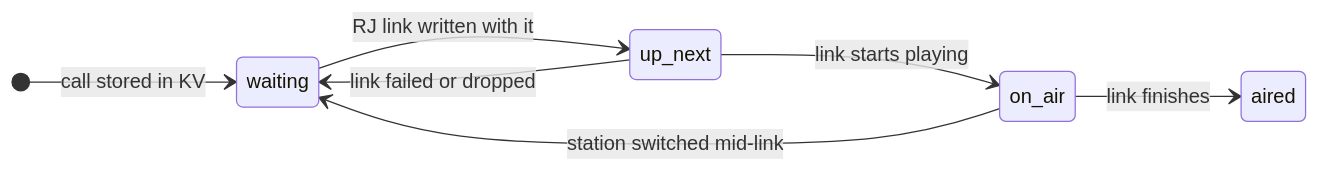
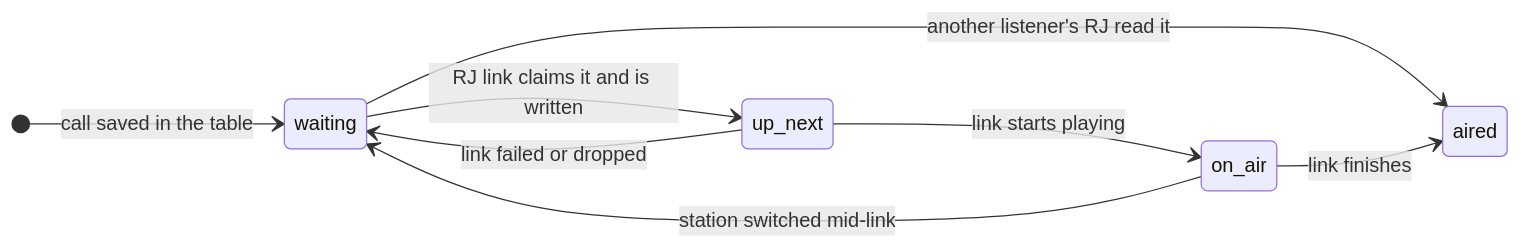
Diagram 15 of 18 in docs/ARCHITECTURE.md (harshbhx/tarang-fm), drawn with Mermaid before and after one commit. The commit also changed other lines of this file and 18 other files, not shown here.

First line of the commit message:
feat(phone): one shared call table, so a studio call is read on air once, ever

````diff
--- a/docs/ARCHITECTURE.md
+++ b/docs/ARCHITECTURE.md
@@ -456,10 +467,11 @@
 ```mermaid
 stateDiagram-v2
   direction LR
-  [*] --> waiting: call stored in KV
-  waiting --> up_next: RJ link written with it
+  [*] --> waiting: call saved in the table
+  waiting --> up_next: RJ link claims it and is written
+  waiting --> aired: another listener's RJ read it
   up_next --> waiting: link failed or dropped
   up_next --> on_air: link starts playing
   on_air --> aired: link finishes
   on_air --> waiting: station switched mid-link
 ```
````
